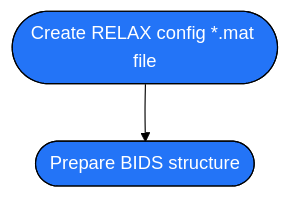
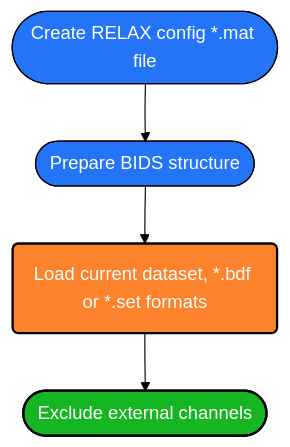
One commit to deebeebolger/Project_CeLaVie changed the diagram in Pipeline_Datafow_Chart.md. Above: the diagram before and after it, drawn with Mermaid (forest theme).

Commit message:
Add loading and exclusion steps to dataflow chart

````diff
--- a/Pipeline_Datafow_Chart.md
+++ b/Pipeline_Datafow_Chart.md
@@ -1,19 +1,21 @@
 ```mermaid
 flowchart TD
 %% Colors %%
 
 classDef blue fill:#2374f7, stroke:#000, stroke-width: px, color:#fff
 classDef orange fill:#fc822b,stroke:#000,stroke-width:2px,color:#fff
 classDef green fill:#16b522,stroke:#000,stroke-width:2px,color:#fff
 classDef mintgreen fill:#4DAB9A,stroke:#000,stroke-width:2px,color:#fff
 classDef mandarine fill:#FFA344,stroke:#000,stroke-width:2px,color:#fff
 classDef aubergine fill:#9A6DD7,stroke:#000,stroke-width:2px,color:#fff
 classDef red fill:#D44C47,stroke:#000,stroke-width:2px,color:#fff
 classDef grey fill:#979A9B,stroke:#000,stroke-width:2px,color:#fff
 
 
 Config([Create RELAX config *.mat file]):::blue -->
 BIDS([Prepare BIDS structure]):::blue
 click Config "https://github.com/deebeebolger/Project_CeLaVie/blob/main/DataflowChart_pages/Create_RELAX_conf_file.md" "Link"
 click BIDS "https://github.com/deebeebolger/Project_CeLaVie/blob/main/DataflowChart_pages/BIDS_structure.md" "Link"
+BIDS --> Ld(Load current dataset, *.bdf or *.set formats):::orange
+--> EXRej([Exclude external channels]):::green
 ```
````
